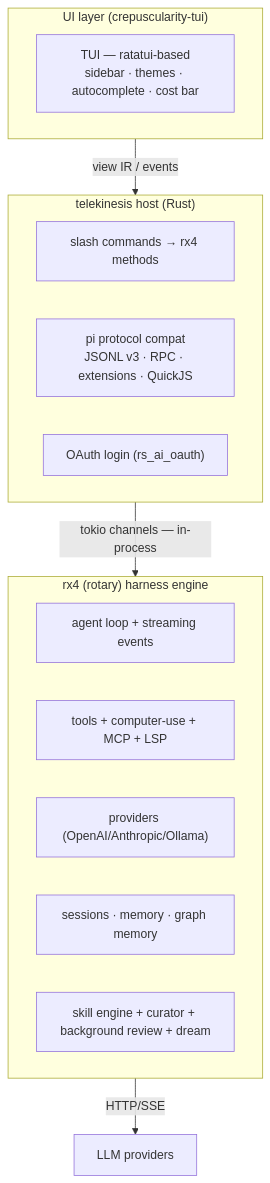
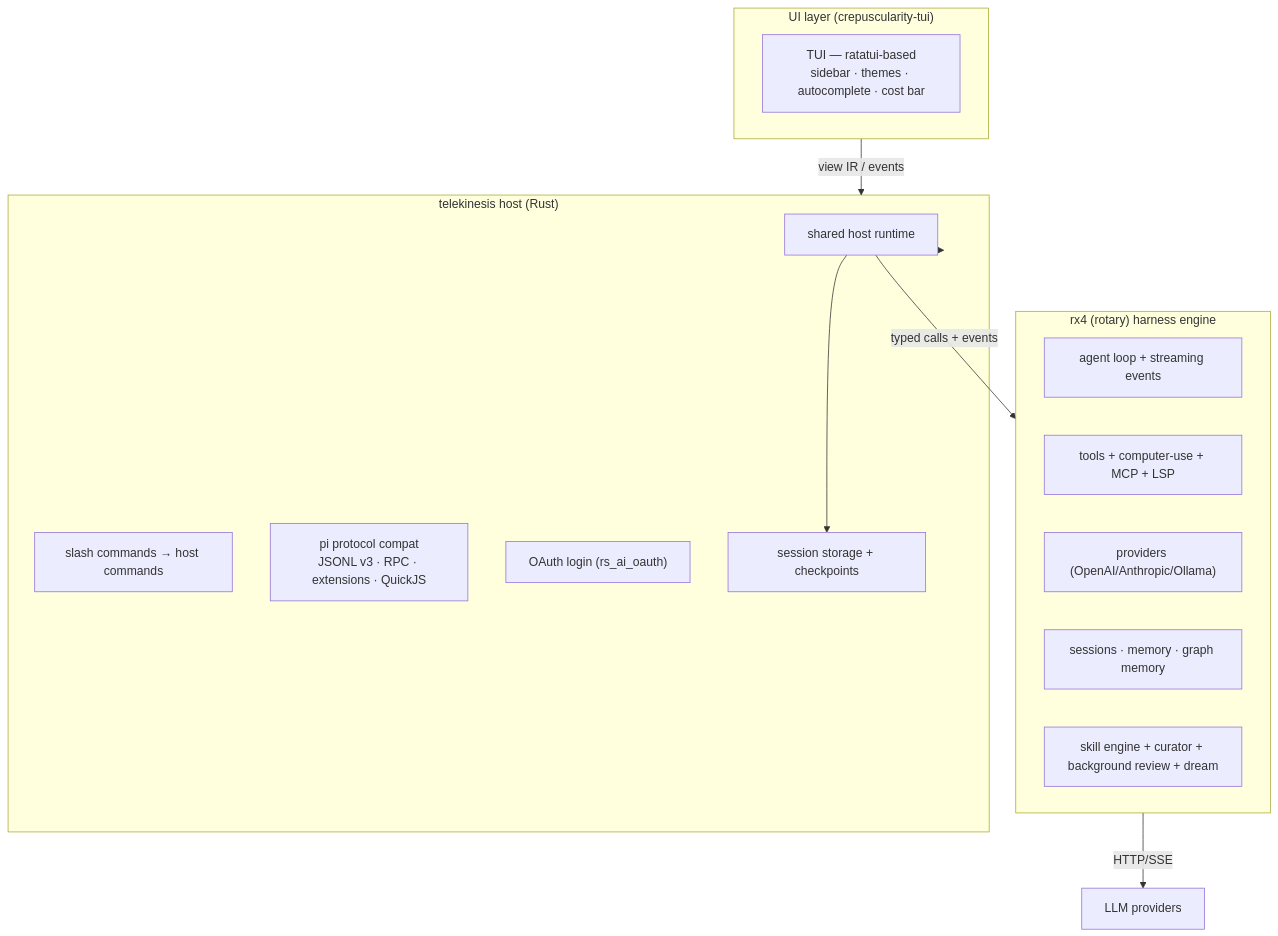
One commit to semitechnological/telekinesis changed the first of 3 diagrams in docs/ARCHITECTURE.md. Above: the diagram before and after it, drawn with Mermaid. The commit also changed other lines of this file and 6 other files, not shown here.

````diff
--- a/docs/ARCHITECTURE.md
+++ b/docs/ARCHITECTURE.md
@@ -13,21 +19,25 @@
 ```mermaid
 flowchart TD
   subgraph UI["UI layer (crepuscularity-tui)"]
     TUI["TUI — ratatui-based<br/>sidebar · themes · autocomplete · cost bar"]
   end
   UI -->|view IR / events| Host
   subgraph Host["telekinesis host (Rust)"]
-    Slash["slash commands → rx4 methods"]
+    Runtime["shared host runtime"]
+    Slash["slash commands → host commands"]
     Pi["pi protocol compat<br/>JSONL v3 · RPC · extensions · QuickJS"]
     OAuth["OAuth login (rs_ai_oauth)"]
+    Store["session storage + checkpoints"]
   end
-  Host -->|"tokio channels — in-process"| RX4
+  Host --> Runtime
+  Runtime -->|"typed calls + events"| RX4
+  Runtime --> Store
   subgraph RX4["rx4 (rotary) harness engine"]
     Loop["agent loop + streaming events"]
     Tools["tools + computer-use + MCP + LSP"]
     Prov["providers (OpenAI/Anthropic/Ollama)"]
     Sess["sessions · memory · graph memory"]
     Skills["skill engine + curator + background review + dream"]
   end
   RX4 -->|HTTP/SSE| Models["LLM providers"]
 ```
````
